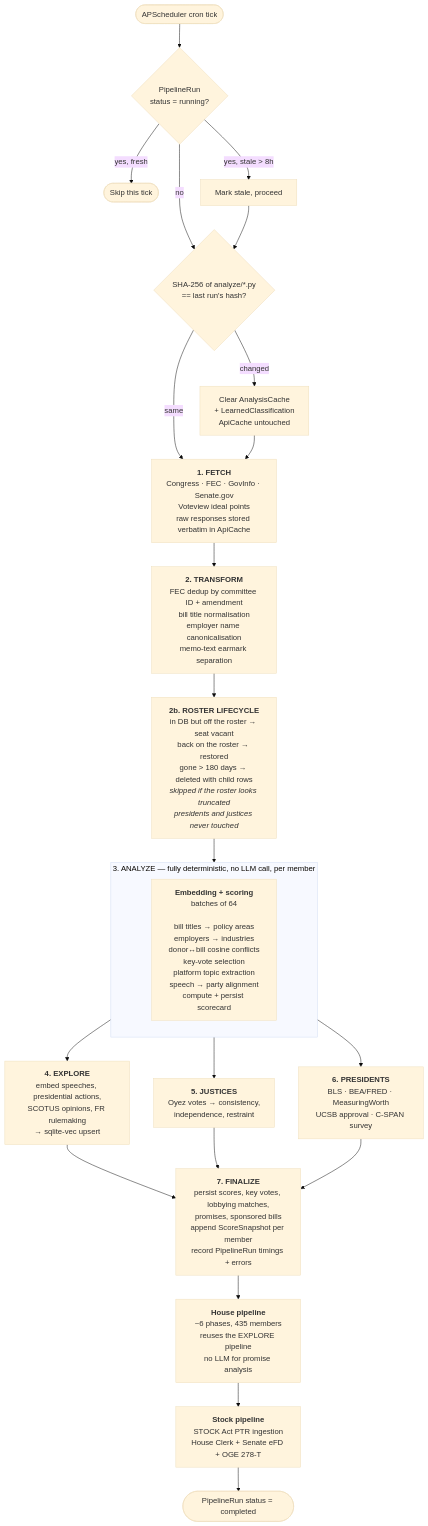
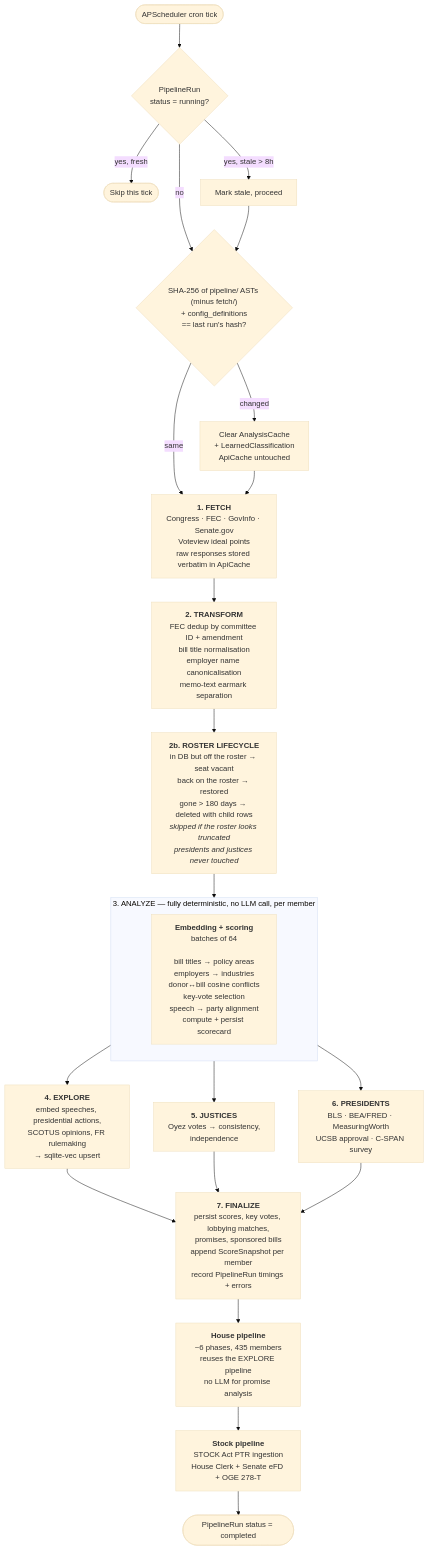
Before and after one commit to kamoras/civitas: the diagram in docs/diagrams/02-nightly-pipeline.md, drawn with Mermaid (base theme). The commit also changed other lines of this file and 22 other files, not shown here.

````diff
--- a/docs/diagrams/02-nightly-pipeline.md
+++ b/docs/diagrams/02-nightly-pipeline.md
@@ -6,37 +6,37 @@
 ```mermaid
 flowchart TB
     START(["APScheduler cron tick"]) --> LOCK{"PipelineRun<br/>status = running?"}
     LOCK -->|yes, fresh| SKIP(["Skip this tick"])
     LOCK -->|yes, stale > 8h| MARK["Mark stale, proceed"]
     LOCK -->|no| FP
     MARK --> FP
 
-    FP{"SHA-256 of analyze/*.py<br/>== last run's hash?"}
+    FP{"SHA-256 of pipeline/ ASTs (minus fetch/)<br/>+ config_definitions<br/>== last run's hash?"}
     FP -->|changed| CLEAR["Clear AnalysisCache<br/>+ LearnedClassification<br/>ApiCache untouched"]
     FP -->|same| P1
     CLEAR --> P1
 
     P1["<b>1. FETCH</b><br/>Congress · FEC · GovInfo · Senate.gov<br/>Voteview ideal points<br/>raw responses stored verbatim in ApiCache"]
     P2["<b>2. TRANSFORM</b><br/>FEC dedup by committee ID + amendment<br/>bill title normalisation<br/>employer name canonicalisation<br/>memo-text earmark separation"]
     P2B["<b>2b. ROSTER LIFECYCLE</b><br/>in DB but off the roster → seat vacant<br/>back on the roster → restored<br/>gone > 180 days → deleted with child rows<br/><i>skipped if the roster looks truncated</i><br/><i>presidents and justices never touched</i>"]
     P1 --> P2 --> P2B --> P3
 
     subgraph P3["3. ANALYZE — fully deterministic, no LLM call, per member"]
         direction LR
-        LIB["<b>Embedding + scoring</b><br/>batches of 64<br/><br/>bill titles → policy areas<br/>employers → industries<br/>donor↔bill cosine conflicts<br/>key-vote selection<br/>platform topic extraction<br/>speech → party alignment<br/>compute + persist scorecard"]
+        LIB["<b>Embedding + scoring</b><br/>batches of 64<br/><br/>bill titles → policy areas<br/>employers → industries<br/>donor↔bill cosine conflicts<br/>key-vote selection<br/>speech → party alignment<br/>compute + persist scorecard"]
     end
 
     P3 --> P4["<b>4. EXPLORE</b><br/>embed speeches, presidential actions,<br/>SCOTUS opinions, FR rulemaking<br/>→ sqlite-vec upsert"]
-    P3 --> P5["<b>5. JUSTICES</b><br/>Oyez votes → consistency,<br/>independence, restraint"]
+    P3 --> P5["<b>5. JUSTICES</b><br/>Oyez votes → consistency,<br/>independence"]
     P3 --> P6["<b>6. PRESIDENTS</b><br/>BLS · BEA/FRED · MeasuringWorth<br/>UCSB approval · C-SPAN survey"]
 
     P4 --> P7
     P5 --> P7
     P6 --> P7
 
     P7["<b>7. FINALIZE</b><br/>persist scores, key votes, lobbying matches,<br/>promises, sponsored bills<br/>append ScoreSnapshot per member<br/>record PipelineRun timings + errors"]
 
     P7 --> HOUSE["<b>House pipeline</b><br/>~6 phases, 435 members<br/>reuses the EXPLORE pipeline<br/>no LLM for promise analysis"]
     HOUSE --> STOCK["<b>Stock pipeline</b><br/>STOCK Act PTR ingestion<br/>House Clerk + Senate eFD + OGE 278-T"]
     STOCK --> DONE(["PipelineRun status = completed"])
 ```
````
